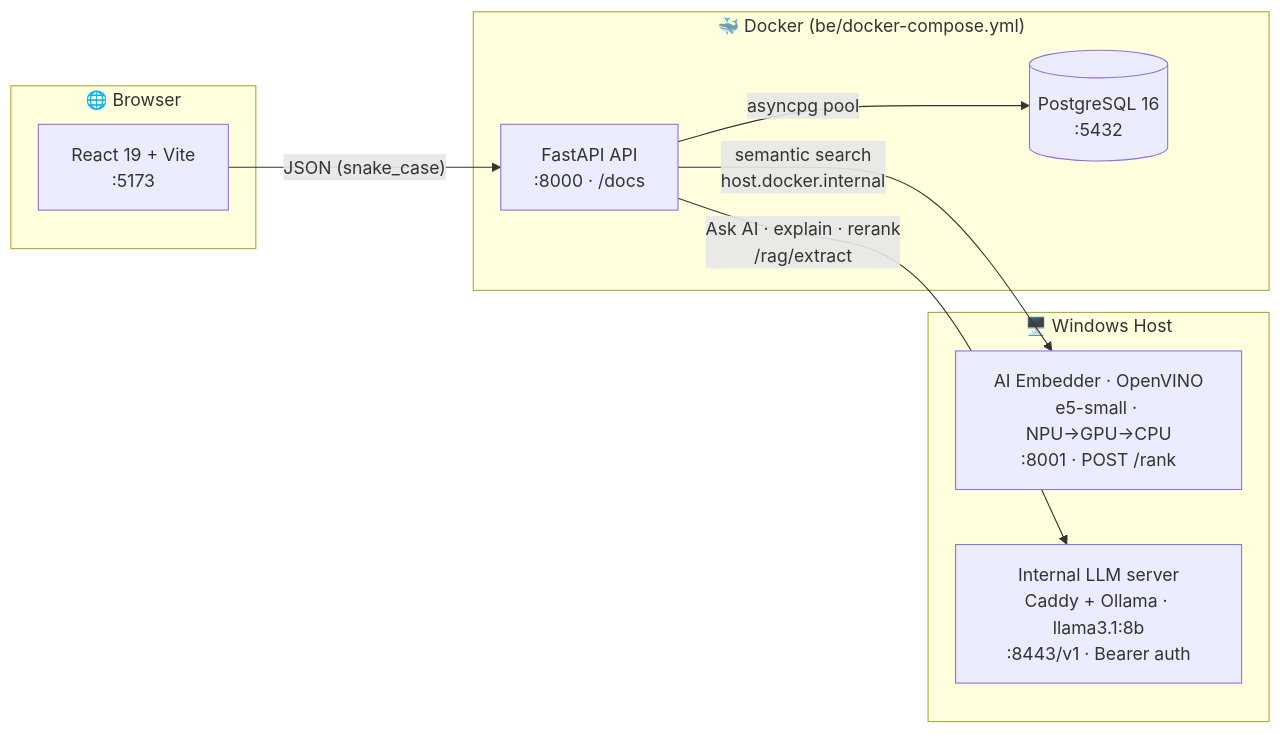
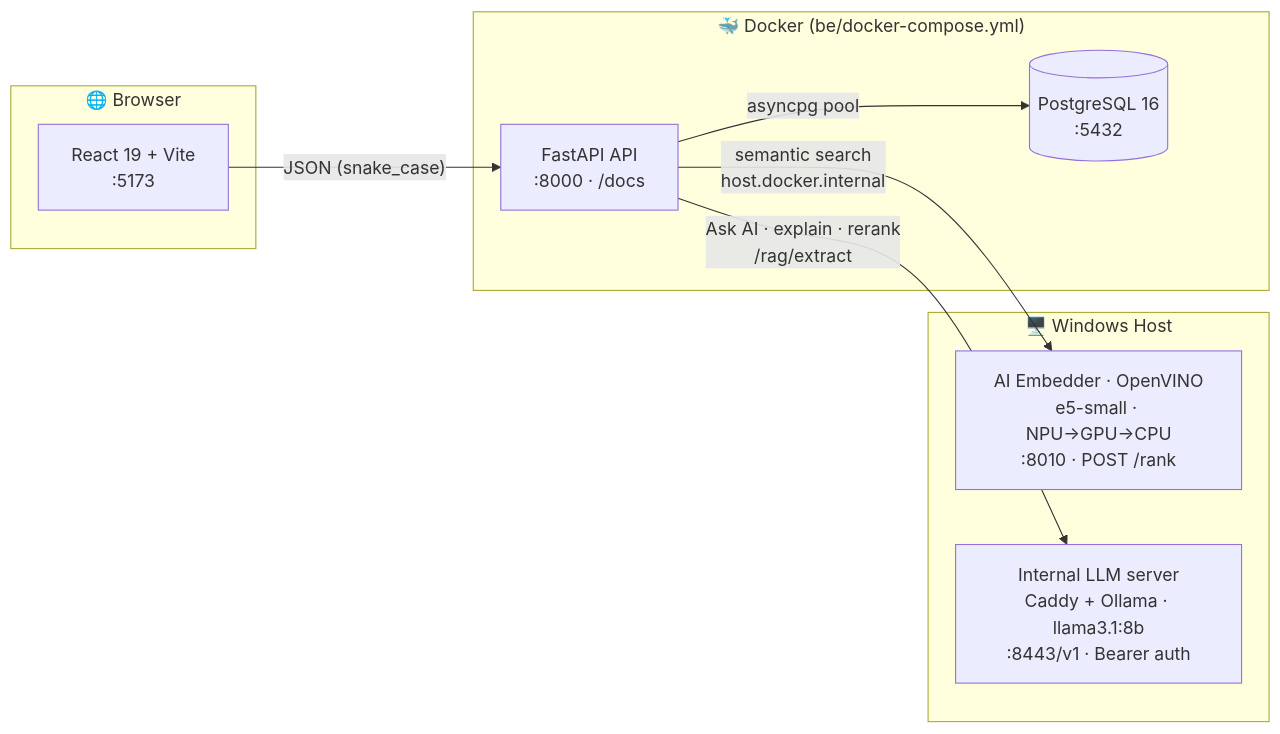
Before and after one commit to nguyennngangiang/itledger: the diagram in README.md, drawn with Mermaid. The commit also changed other lines of this file and 121 other files, not shown here.

````diff
--- a/README.md
+++ b/README.md
@@ -52,21 +52,21 @@
 ```mermaid
 flowchart LR
     subgraph Browser["🌐 Browser"]
         FE["React 19 + Vite<br/>:5173"]
     end
 
     subgraph Docker["🐳 Docker (be/docker-compose.yml)"]
         API["FastAPI API<br/>:8000 · /docs"]
         DB[("PostgreSQL 16<br/>:5432")]
     end
 
     subgraph Host["🖥️ Windows Host"]
-        EMB["AI Embedder · OpenVINO<br/>e5-small · NPU→GPU→CPU<br/>:8001 · POST /rank"]
+        EMB["AI Embedder · OpenVINO<br/>e5-small · NPU→GPU→CPU<br/>:8010 · POST /rank"]
         LLM["Internal LLM server<br/>Caddy + Ollama · llama3.1:8b<br/>:8443/v1 · Bearer auth"]
     end
 
     FE -- "JSON (snake_case)" --> API
     API -- "asyncpg pool" --> DB
     API -- "semantic search<br/>host.docker.internal" --> EMB
     API -- "Ask AI · explain · rerank<br/>/rag/extract" --> LLM
 ```
````
